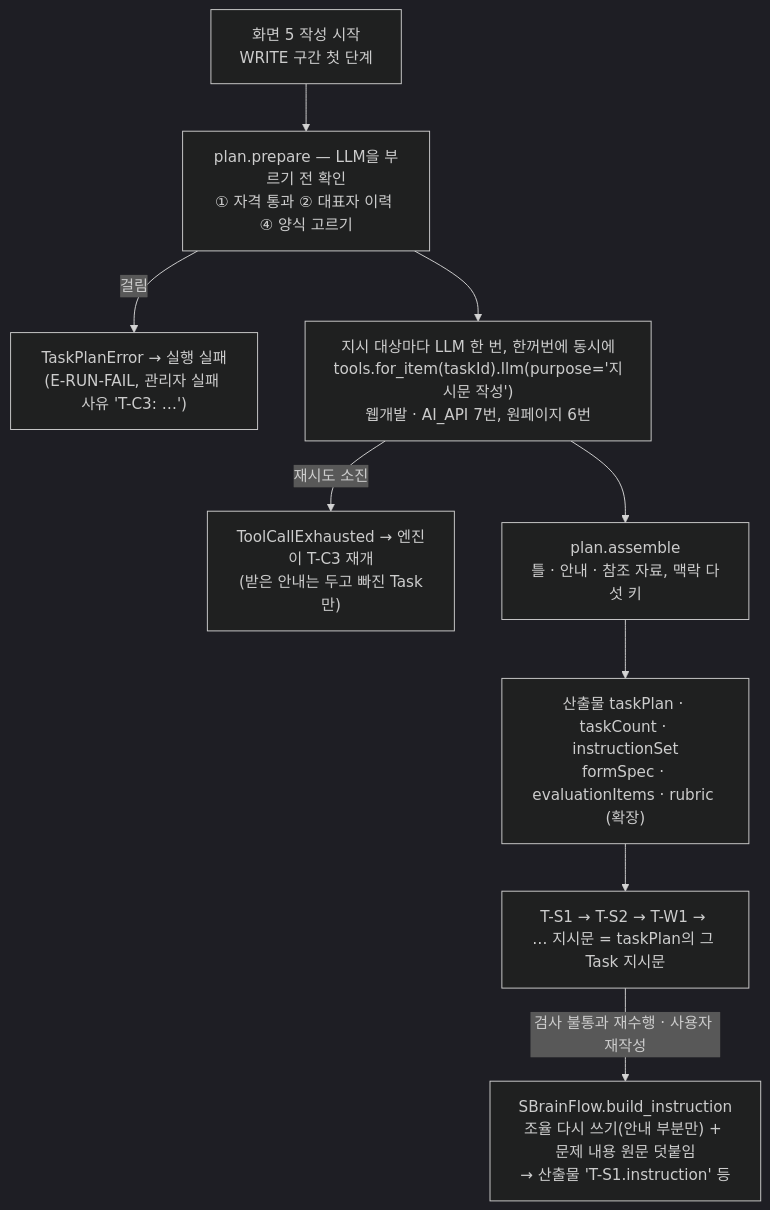
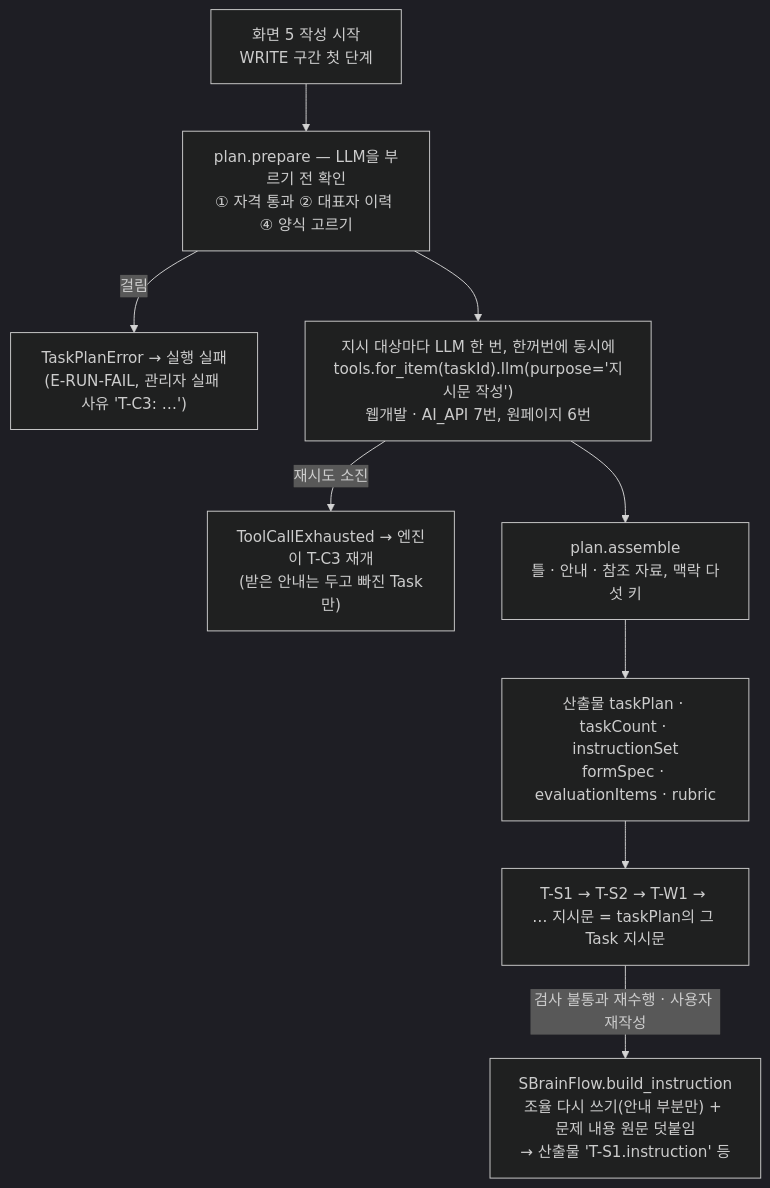
One commit to SKNETWORKS-FAMILY-AICAMP/SKN32-FINAL-1TEAM changed the diagram in agent-orchestration/docs/T-C3_작업분해_구현.md. Above: the diagram before and after it, drawn with Mermaid (dark theme). The commit also changed other lines of this file and 37 other files, not shown here.

````diff
--- a/agent-orchestration/docs/T-C3_작업분해_구현.md
+++ b/agent-orchestration/docs/T-C3_작업분해_구현.md
@@ -25,11 +25,11 @@
 ```mermaid
 flowchart TD
   W["화면 5 작성 시작<br/>WRITE 구간 첫 단계"] --> P["plan.prepare — LLM을 부르기 전 확인<br/>① 자격 통과 ② 대표자 이력 ④ 양식 고르기"]
   P -- 걸림 --> X1["TaskPlanError → 실행 실패<br/>(E-RUN-FAIL, 관리자 실패 사유 'T-C3: …')"]
   P --> L["지시 대상마다 LLM 한 번, 한꺼번에 동시에<br/>tools.for_item(taskId).llm(purpose='지시문 작성')<br/>웹개발 · AI_API 7번, 원페이지 6번"]
   L -- 재시도 소진 --> X2["ToolCallExhausted → 엔진이 T-C3 재개<br/>(받은 안내는 두고 빠진 Task만)"]
   L --> A["plan.assemble<br/>틀 · 안내 · 참조 자료, 맥락 다섯 키"]
-  A --> O["산출물 taskPlan · taskCount · instructionSet<br/>formSpec · evaluationItems · rubric (확장)"]
+  A --> O["산출물 taskPlan · taskCount · instructionSet<br/>formSpec · evaluationItems · rubric"]
   O --> N["T-S1 → T-S2 → T-W1 → … 지시문 = taskPlan의 그 Task 지시문"]
   N -- "검사 불통과 재수행 · 사용자 재작성" --> R["SBrainFlow.build_instruction<br/>조율 다시 쓰기(안내 부분만) + 문제 내용 원문 덧붙임<br/>→ 산출물 'T-S1.instruction' 등"]
 ```
````
